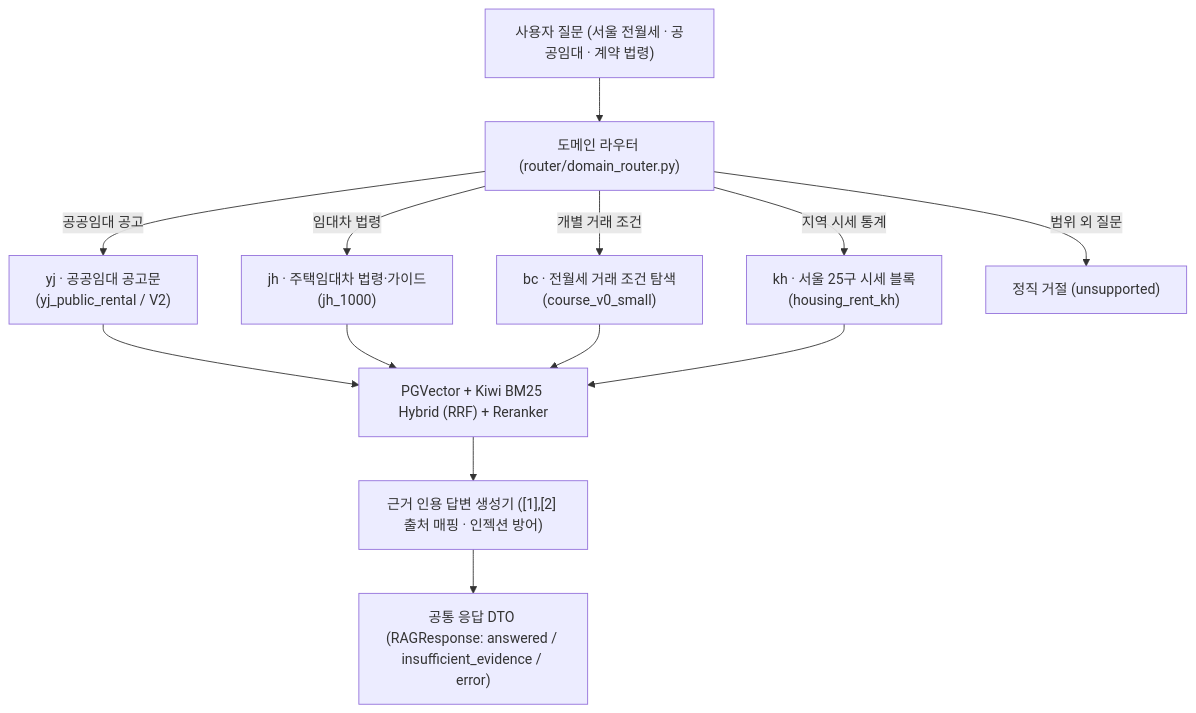
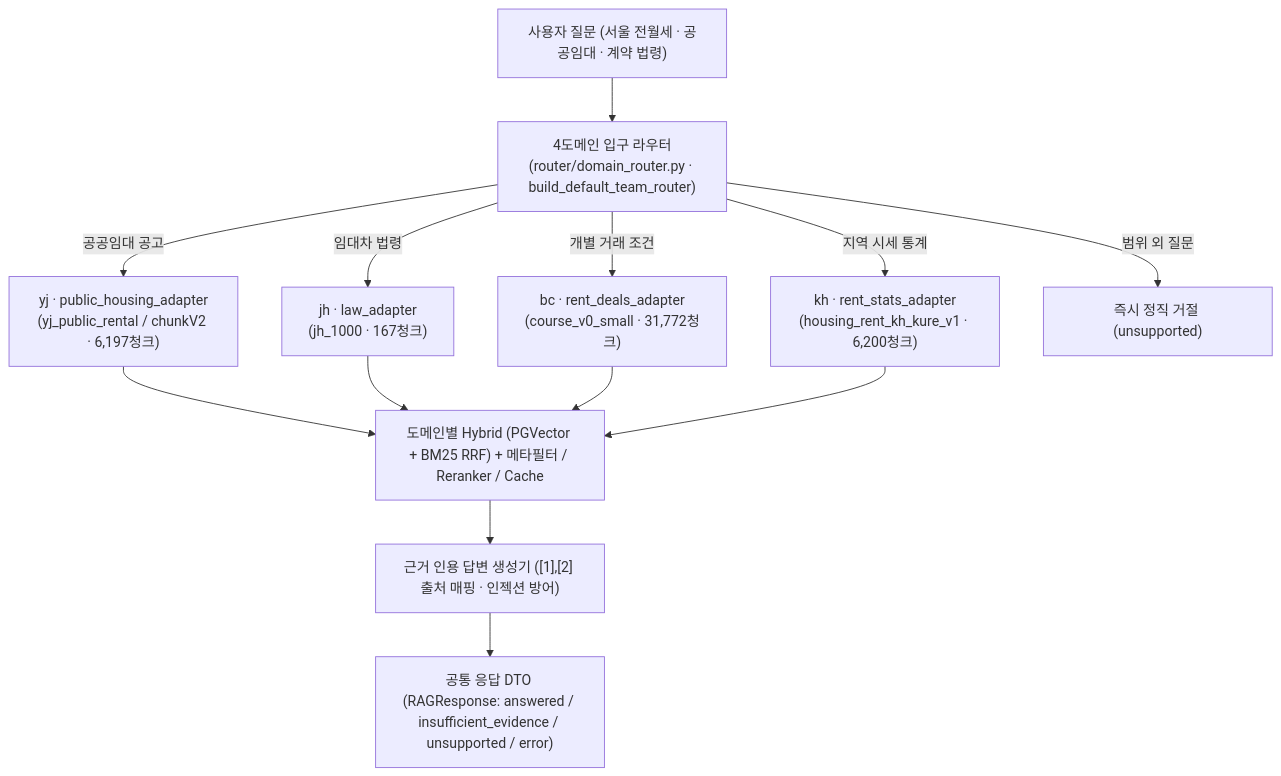
Before and after one commit to yeji-jang/AX_RAG: the diagram in README.md, drawn with Mermaid. The commit also changed other lines of this file and 1 other file, not shown here.

````diff
--- a/README.md
+++ b/README.md
@@ -37,18 +37,18 @@
 ```mermaid
 flowchart TB
-    U["사용자 질문 (서울 전월세 · 공공임대 · 계약 법령)"] --> R["도메인 라우터 (router/domain_router.py)"]
+    U["사용자 질문 (서울 전월세 · 공공임대 · 계약 법령)"] --> R["4도메인 입구 라우터<br/>(router/domain_router.py · build_default_team_router)"]
 
-    R -->|"공공임대 공고"| D1["yj · 공공임대 공고문<br/>(yj_public_rental / V2)"]
-    R -->|"임대차 법령"| D2["jh · 주택임대차 법령·가이드<br/>(jh_1000)"]
-    R -->|"개별 거래 조건"| D3["bc · 전월세 거래 조건 탐색<br/>(course_v0_small)"]
-    R -->|"지역 시세 통계"| D4["kh · 서울 25구 시세 블록<br/>(housing_rent_kh)"]
-    R -->|"범위 외 질문"| U0["정직 거절 (unsupported)"]
+    R -->|"공공임대 공고"| D1["yj · public_housing_adapter<br/>(yj_public_rental / chunkV2 · 6,197청크)"]
+    R -->|"임대차 법령"| D2["jh · law_adapter<br/>(jh_1000 · 167청크)"]
+    R -->|"개별 거래 조건"| D3["bc · rent_deals_adapter<br/>(course_v0_small · 31,772청크)"]
+    R -->|"지역 시세 통계"| D4["kh · rent_stats_adapter<br/>(housing_rent_kh_kure_v1 · 6,200청크)"]
+    R -->|"범위 외 질문"| U0["즉시 정직 거절 (unsupported)"]
 
-    D1 --> P["PGVector + Kiwi BM25 Hybrid (RRF) + Reranker"]
+    D1 --> P["도메인별 Hybrid (PGVector + BM25 RRF) + 메타필터 / Reranker / Cache"]
     D2 --> P
     D3 --> P
     D4 --> P
 
     P --> G["근거 인용 답변 생성기 ([1],[2] 출처 매핑 · 인젝션 방어)"]
-    G --> O["공통 응답 DTO (RAGResponse: answered / insufficient_evidence / error)"]
+    G --> O["공통 응답 DTO (RAGResponse: answered / insufficient_evidence / unsupported / error)"]
 ```
````
